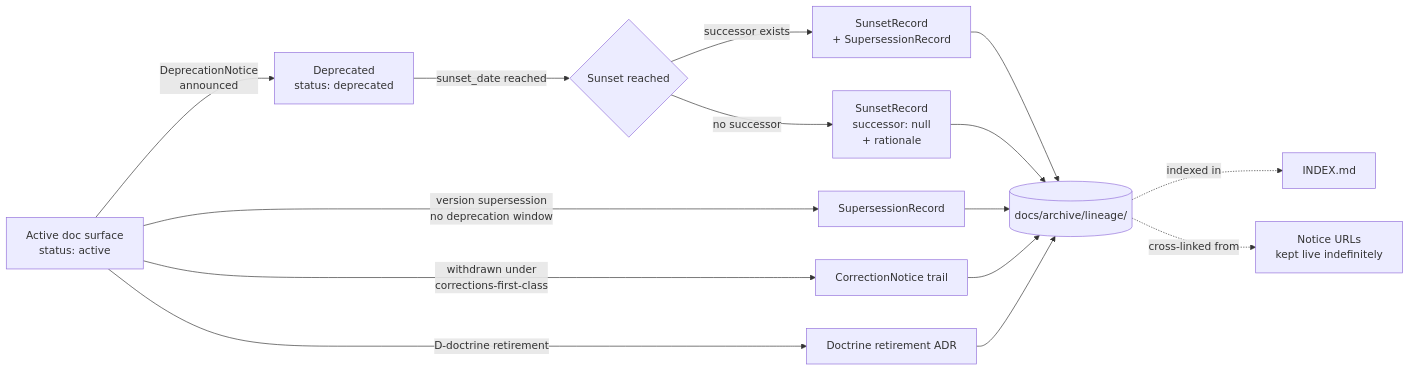
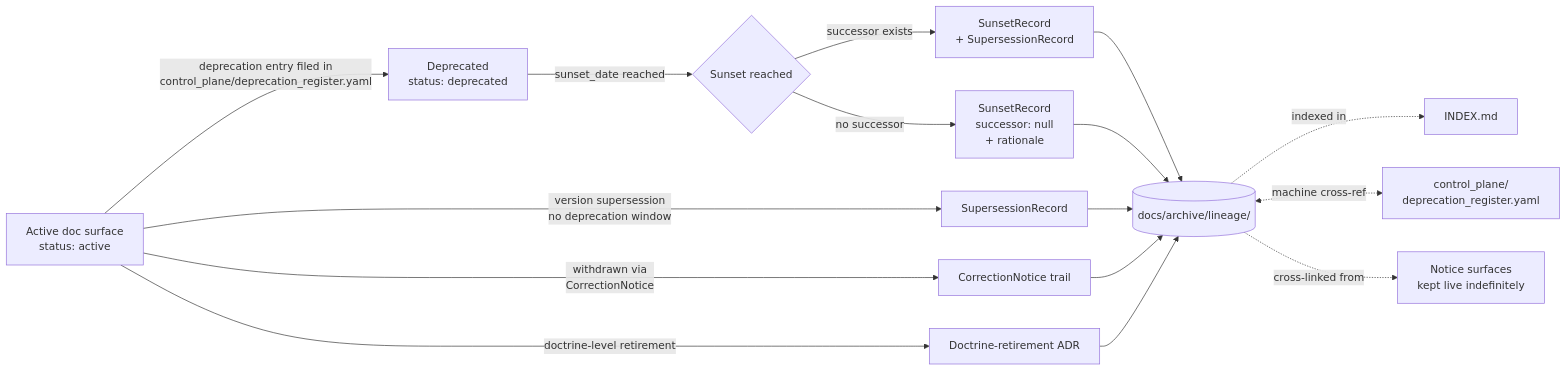
One commit to bartytime4life/Kansas-Frontier-Matrix changed the diagram in docs/archive/lineage/README.md. Above: the diagram before and after it, drawn with Mermaid. The commit also changed other lines of this file, not shown here.

````diff
--- a/docs/archive/lineage/README.md
+++ b/docs/archive/lineage/README.md
@@ -183,17 +209,18 @@
 ```mermaid
 flowchart LR
-    A[Active doc surface<br/>status: active] -->|DeprecationNotice<br/>announced| B[Deprecated<br/>status: deprecated]
+    A[Active doc surface<br/>status: active] -->|deprecation entry filed in<br/>control_plane/deprecation_register.yaml| B[Deprecated<br/>status: deprecated]
     B -->|sunset_date reached| C{Sunset reached}
     C -->|successor exists| D[SunsetRecord<br/>+ SupersessionRecord]
     C -->|no successor| E[SunsetRecord<br/>successor: null<br/>+ rationale]
     A -->|version supersession<br/>no deprecation window| F[SupersessionRecord]
-    A -->|withdrawn under<br/>corrections-first-class| G[CorrectionNotice trail]
-    A -->|D-doctrine retirement| H[Doctrine retirement ADR]
+    A -->|withdrawn via<br/>CorrectionNotice| G[CorrectionNotice trail]
+    A -->|doctrine-level retirement| H[Doctrine-retirement ADR]
     D --> Z[(docs/archive/lineage/)]
     E --> Z
     F --> Z
     G --> Z
     H --> Z
     Z -.->|indexed in| I[INDEX.md]
-    Z -.->|cross-linked from| J[Notice URLs<br/>kept live indefinitely]
+    Z <-.->|machine cross-ref| K[control_plane/<br/>deprecation_register.yaml]
+    Z -.->|cross-linked from| J[Notice surfaces<br/>kept live indefinitely]
 ```
````
